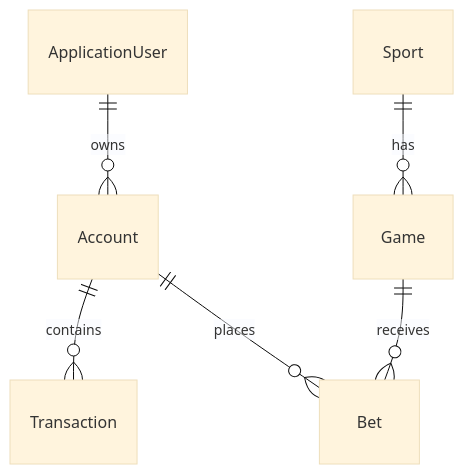
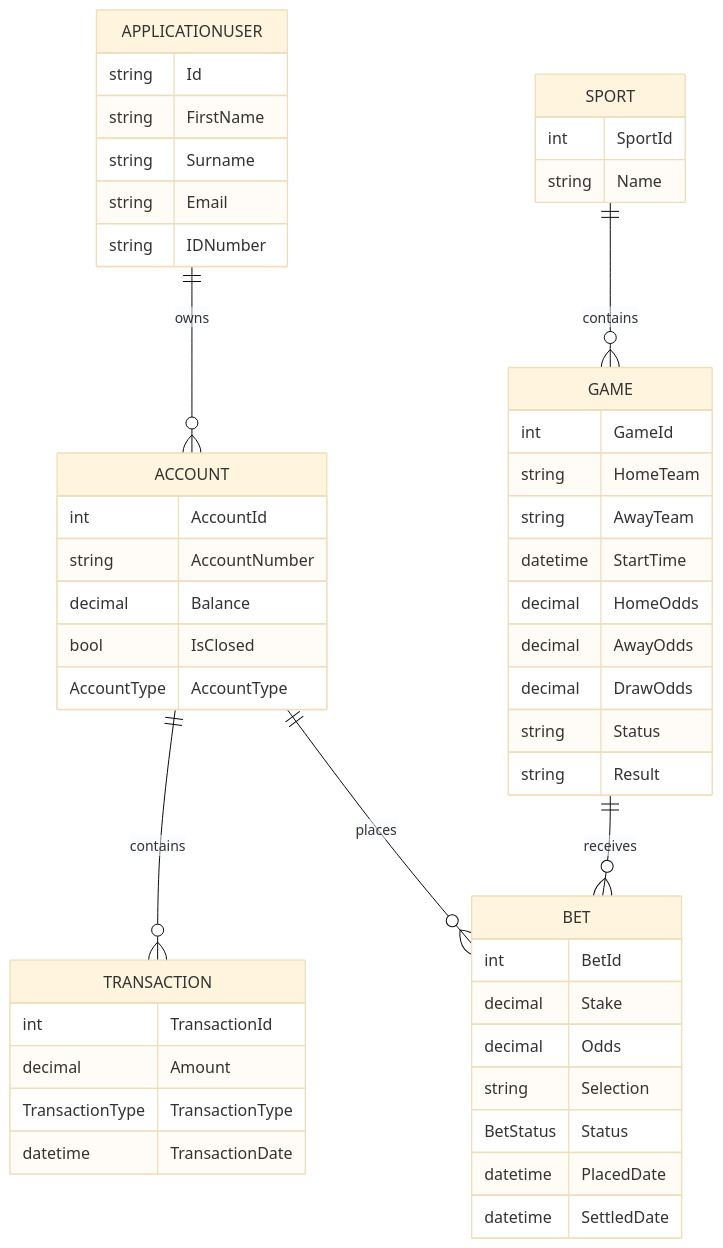
The third of 6 diagrams in SpinaBets_Full_Documentation.md (KL-Mdanjelwa/SpinaBets), drawn with Mermaid (base theme) before and after one commit. The commit also changed other lines of this file, not shown here.

````diff
--- a/SpinaBets_Full_Documentation.md
+++ b/SpinaBets_Full_Documentation.md
@@ -84,8 +155,69 @@
 ```mermaid
 erDiagram
-ApplicationUser ||--o{ Account : owns
-Account ||--o{ Transaction : contains
-Account ||--o{ Bet : places
-Sport ||--o{ Game : has
-Game ||--o{ Bet : receives
+
+APPLICATIONUSER ||--o{ ACCOUNT : owns
+
+ACCOUNT ||--o{ TRANSACTION : contains
+
+ACCOUNT ||--o{ BET : places
+
+SPORT ||--o{ GAME : contains
+
+GAME ||--o{ BET : receives
+
+APPLICATIONUSER {
+
+string Id
+string FirstName
+string Surname
+string Email
+string IDNumber
+}
+
+ACCOUNT{
+
+int AccountId
+string AccountNumber
+decimal Balance
+bool IsClosed
+AccountType AccountType
+}
+
+TRANSACTION{
+
+int TransactionId
+decimal Amount
+TransactionType TransactionType
+datetime TransactionDate
+}
+
+SPORT{
+
+int SportId
+string Name
+}
+
+GAME{
+
+int GameId
+string HomeTeam
+string AwayTeam
+datetime StartTime
+decimal HomeOdds
+decimal AwayOdds
+decimal DrawOdds
+string Status
+string Result
+}
+
+BET{
+
+int BetId
+decimal Stake
+decimal Odds
+string Selection
+BetStatus Status
+datetime PlacedDate
+datetime SettledDate
+}
 ```
````
